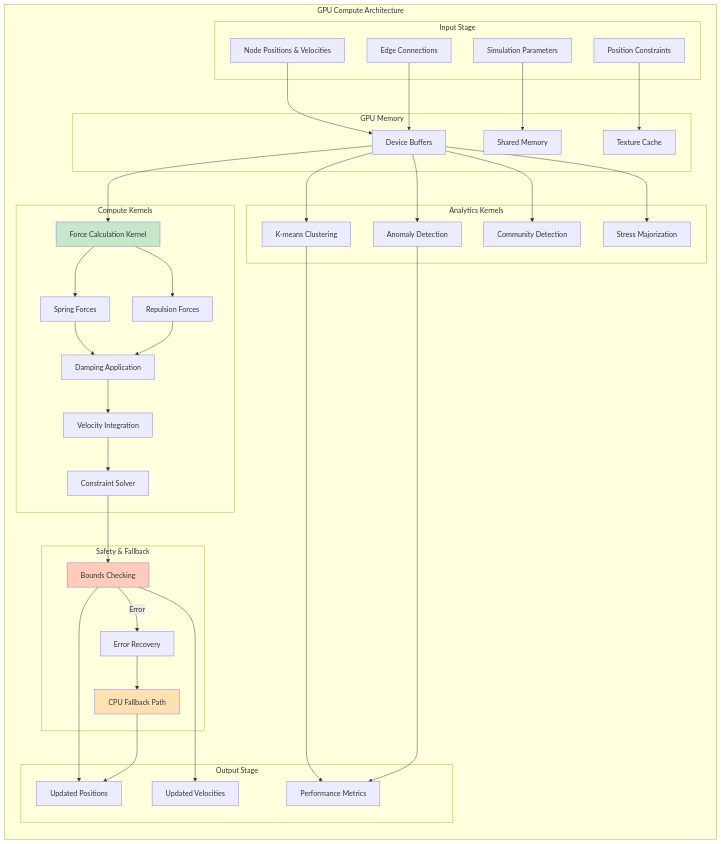
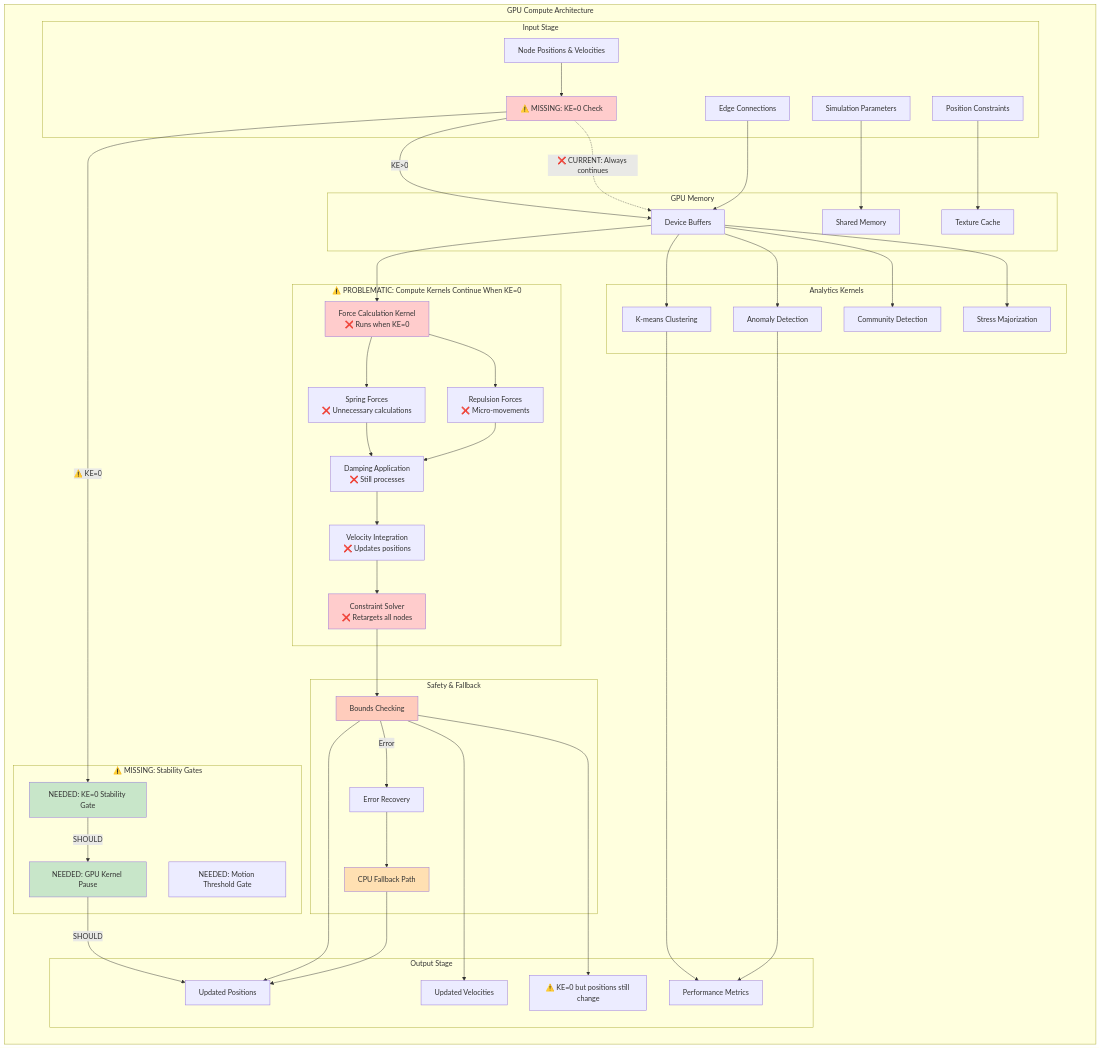
Before and after one commit to DreamLab-AI/VisionFlow: the fourth of 18 diagrams in docs/diagrams.md, drawn with Mermaid. The commit also changed other lines of this file and 1 other file, not shown here.

Commit message:
audit and diagrams update, new todo list

````diff
--- a/docs/diagrams.md
+++ b/docs/diagrams.md
@@ -316,6 +252,7 @@
             EdgeData[Edge Connections]
             SimParams[Simulation Parameters]
             Constraints[Position Constraints]
+            KECheck["⚠️ MISSING: KE=0 Check"]
         end
 
         subgraph "GPU Memory"
@@ -324,13 +261,13 @@
             TextureCache[Texture Cache]
         end
 
-        subgraph "Compute Kernels"
-            ForceKernel[Force Calculation Kernel]
-            SpringKernel[Spring Forces]
-            RepulsionKernel[Repulsion Forces]
-            DampingKernel[Damping Application]
-            IntegrationKernel[Velocity Integration]
-            ConstraintKernel[Constraint Solver]
+        subgraph "⚠️ PROBLEMATIC: Compute Kernels Continue When KE=0"
+            ForceKernel["Force Calculation Kernel<br/>❌ Runs when KE=0"]
+            SpringKernel["Spring Forces<br/>❌ Unnecessary calculations"]
+            RepulsionKernel["Repulsion Forces<br/>❌ Micro-movements"]
+            DampingKernel["Damping Application<br/>❌ Still processes"]
+            IntegrationKernel["Velocity Integration<br/>❌ Updates positions"]
+            ConstraintKernel["Constraint Solver<br/>❌ Retargets all nodes"]
         end
 
         subgraph "Analytics Kernels"
@@ -340,10 +277,17 @@
             StressKernel[Stress Majorization]
         end
 
+        subgraph "⚠️ MISSING: Stability Gates"
+            StabilityGate["NEEDED: KE=0 Stability Gate"]
+            GPUPause["NEEDED: GPU Kernel Pause"]
+            ThresholdCheck["NEEDED: Motion Threshold Gate"]
+        end
+
         subgraph "Output Stage"
             PositionBuffer[Updated Positions]
             VelocityBuffer[Updated Velocities]
             MetricsBuffer[Performance Metrics]
+            KEOutput["⚠️ KE=0 but positions still change"]
         end
 
         subgraph "Safety & Fallback"
@@ -354,7 +298,14 @@
     end
 
     %% Data flow
-    NodeData --> DeviceBuffers
+    NodeData --> KECheck
+    KECheck -->|KE>0| DeviceBuffers
+    KECheck -->|⚠️ KE=0| StabilityGate
+    StabilityGate -->|SHOULD| GPUPause
+    GPUPause -->|SHOULD| PositionBuffer
+
+    %% Current problematic flow
+    KECheck -.->|❌ CURRENT: Always continues| DeviceBuffers
     EdgeData --> DeviceBuffers
     SimParams --> SharedMem
     Constraints --> TextureCache
@@ -375,6 +326,7 @@
     ConstraintKernel --> BoundsCheck
     BoundsCheck --> PositionBuffer
     BoundsCheck --> VelocityBuffer
+    BoundsCheck --> KEOutput
 
     ClusteringKernel --> MetricsBuffer
     AnomalyKernel --> MetricsBuffer
@@ -383,7 +335,11 @@
     ErrorHandler --> CPUFallback
     CPUFallback --> PositionBuffer
 
-    style ForceKernel fill:#c8e6c9
+    style ForceKernel fill:#ffcccc
+    style ConstraintKernel fill:#ffcccc
+    style KECheck fill:#ffcccc
+    style StabilityGate fill:#c8e6c9
+    style GPUPause fill:#c8e6c9
     style BoundsCheck fill:#ffccbc
     style CPUFallback fill:#ffe0b2
 ```
````
